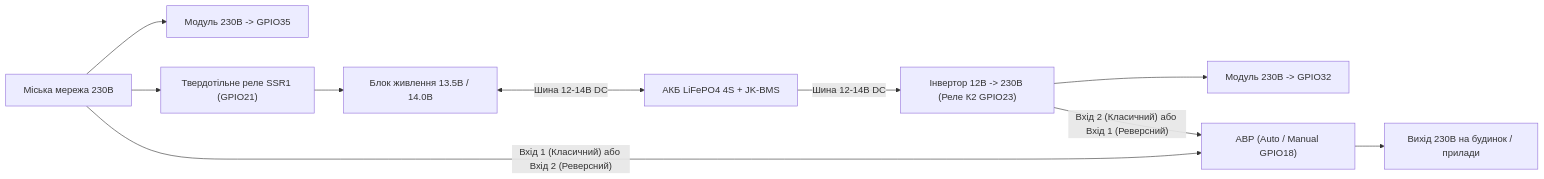
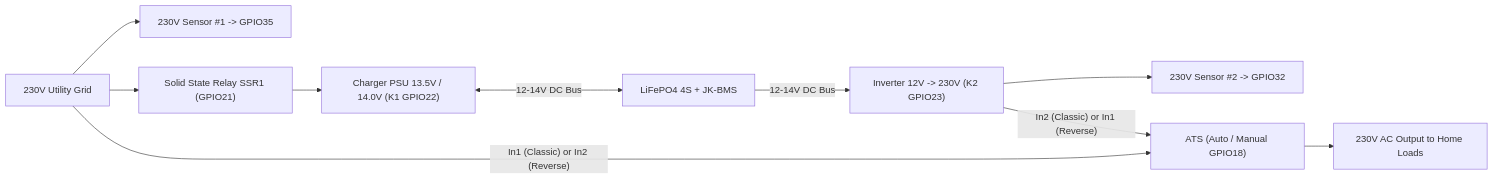
One commit to KBADPO/Online-Grid-LFP-3.6 changed the diagram in README.md. Above: the diagram before and after it, drawn with Mermaid. The commit also changed other lines of this file and 5 other files, not shown here.

````diff
--- a/README.md
+++ b/README.md
@@ -90,12 +94,12 @@
 ```mermaid
 flowchart LR
-    Grid["Міська мережа 230В"] --> SensorGrid["Модуль 230В -> GPIO35"]
-    Grid --> SSR1["Твердотільне реле SSR1 (GPIO21)"]
-    SSR1 --> PSU["Блок живлення 13.5В / 14.0В"]
-    PSU <-->|"Шина 12-14В DC"| Battery["АКБ LiFePO4 4S + JK-BMS"]
-    Battery -->|"Шина 12-14В DC"| Inv["Інвертор 12В -> 230В (Реле К2 GPIO23)"]
-    Inv --> SensorInv["Модуль 230В -> GPIO32"]
-    Grid -->|"Вхід 1 (Класичний) або Вхід 2 (Реверсний)"| ATS["АВР (Auto / Manual GPIO18)"]
-    Inv -->|"Вхід 2 (Класичний) або Вхід 1 (Реверсний)"| ATS
-    ATS --> Load["Вихід 230В на будинок / прилади"]
+    Grid["230V Utility Grid"] --> SensorGrid["230V Sensor #1 -> GPIO35"]
+    Grid --> SSR1["Solid State Relay SSR1 (GPIO21)"]
+    SSR1 --> PSU["Charger PSU 13.5V / 14.0V (K1 GPIO22)"]
+    PSU <-->|"12-14V DC Bus"| Battery["LiFePO4 4S + JK-BMS"]
+    Battery -->|"12-14V DC Bus"| Inv["Inverter 12V -> 230V (K2 GPIO23)"]
+    Inv --> SensorInv["230V Sensor #2 -> GPIO32"]
+    Grid -->|"In1 (Classic) or In2 (Reverse)"| ATS["ATS (Auto / Manual GPIO18)"]
+    Inv -->|"In2 (Classic) or In1 (Reverse)"| ATS
+    ATS --> Load["230V AC Output to Home Loads"]
 ```
````
